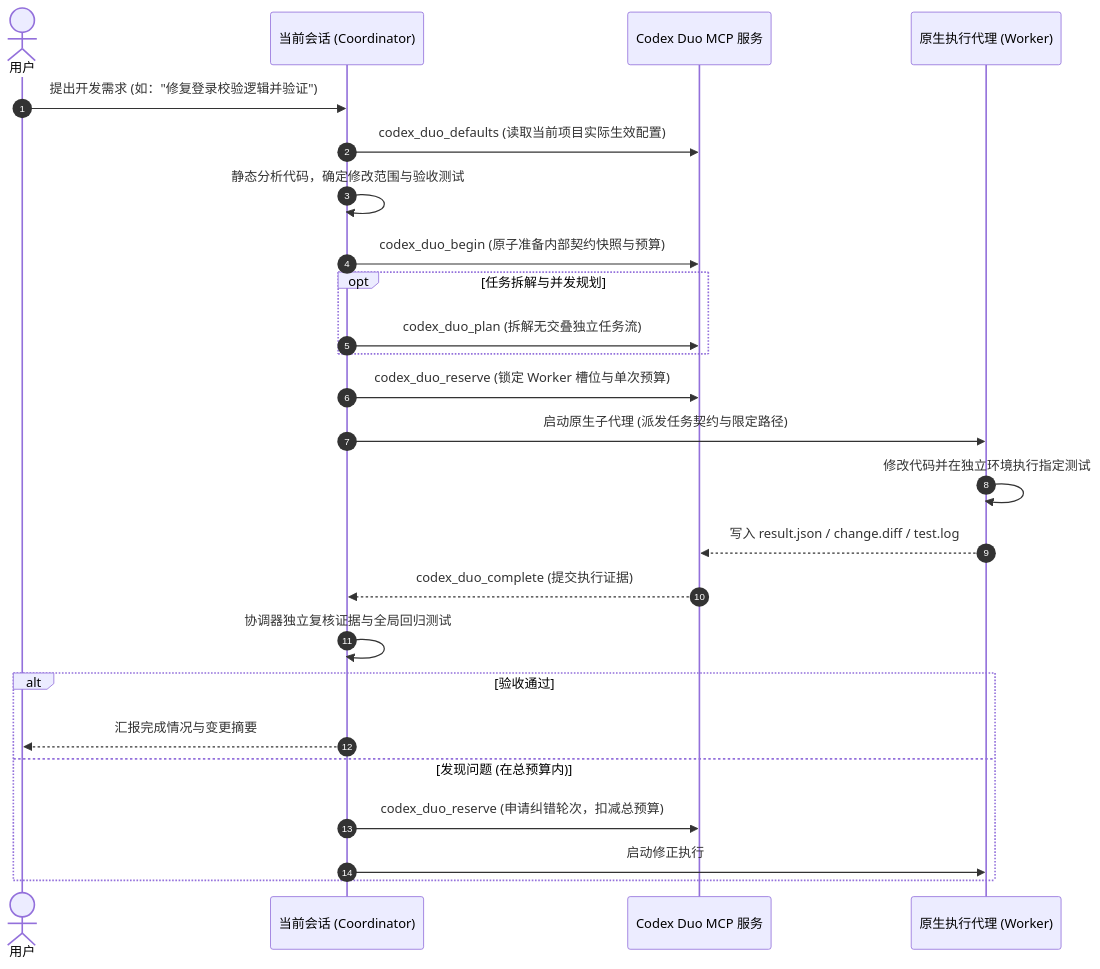
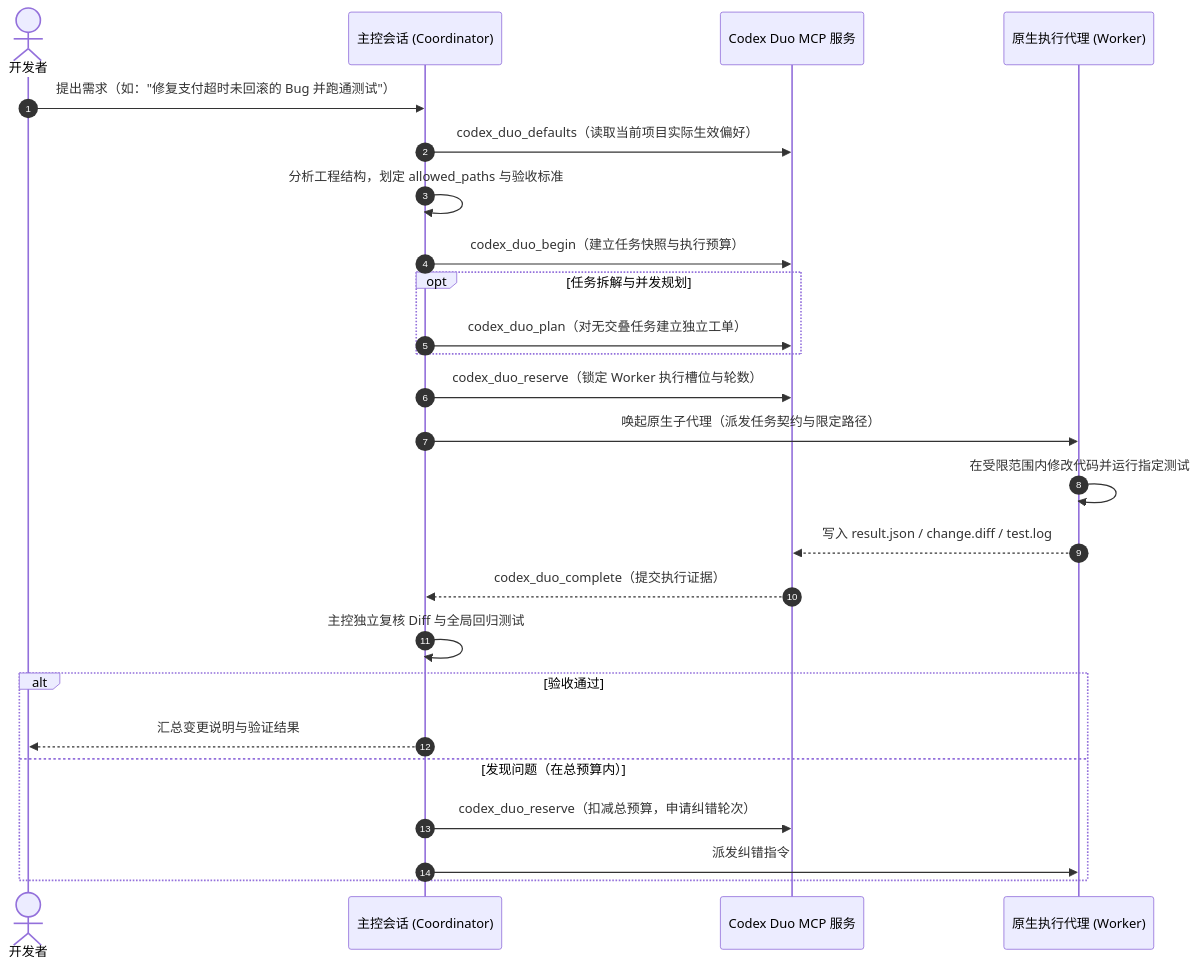
The diagram in README.md (kolawong/codex-duo), drawn with Mermaid before and after one commit. The commit also changed other lines of this file and 52 other files, not shown here.

Commit message:
feat: release Codex Duo 0.9.9 and update documentation

````diff
--- a/README.md
+++ b/README.md
@@ -64,28 +73,28 @@
 ```mermaid
 sequenceDiagram
     autonumber
-    actor User as 用户
-    participant Coord as 当前会话 (Coordinator)
+    actor User as 开发者
+    participant Coord as 主控会话 (Coordinator)
     participant MCP as Codex Duo MCP 服务
     participant Worker as 原生执行代理 (Worker)
 
-    User->>Coord: 提出开发需求 (如："修复登录校验逻辑并验证")
-    Coord->>MCP: codex_duo_defaults (读取当前项目实际生效配置)
-    Coord->>Coord: 静态分析代码，确定修改范围与验收测试
-    Coord->>MCP: codex_duo_begin (原子准备内部契约快照与预算)
+    User->>Coord: 提出需求（如："修复支付超时未回滚的 Bug 并跑通测试"）
+    Coord->>MCP: codex_duo_defaults（读取当前项目实际生效偏好）
+    Coord->>Coord: 分析工程结构，划定 allowed_paths 与验收标准
+    Coord->>MCP: codex_duo_begin（建立任务快照与执行预算）
     opt 任务拆解与并发规划
-        Coord->>MCP: codex_duo_plan (拆解无交叠独立任务流)
+        Coord->>MCP: codex_duo_plan（对无交叠任务建立独立工单）
     end
-    Coord->>MCP: codex_duo_reserve (锁定 Worker 槽位与单次预算)
-    Coord->>Worker: 启动原生子代理 (派发任务契约与限定路径)
-    Worker->>Worker: 修改代码并在独立环境执行指定测试
+    Coord->>MCP: codex_duo_reserve（锁定 Worker 执行槽位与轮数）
+    Coord->>Worker: 唤起原生子代理（派发任务契约与限定路径）
+    Worker->>Worker: 在受限范围内修改代码并运行指定测试
     Worker-->>MCP: 写入 result.json / change.diff / test.log
-    MCP-->>Coord: codex_duo_complete (提交执行证据)
-    Coord->>Coord: 协调器独立复核证据与全局回归测试
+    MCP-->>Coord: codex_duo_complete（提交执行证据）
+    Coord->>Coord: 主控独立复核 Diff 与全局回归测试
     alt 验收通过
-        Coord-->>User: 汇报完成情况与变更摘要
-    else 发现问题 (在总预算内)
-        Coord->>MCP: codex_duo_reserve (申请纠错轮次，扣减总预算)
-        Coord->>Worker: 启动修正执行
+        Coord-->>User: 汇总变更说明与验证结果
+    else 发现问题（在总预算内）
+        Coord->>MCP: codex_duo_reserve（扣减总预算，申请纠错轮次）
+        Coord->>Worker: 派发纠错指令
     end
 ```
````
